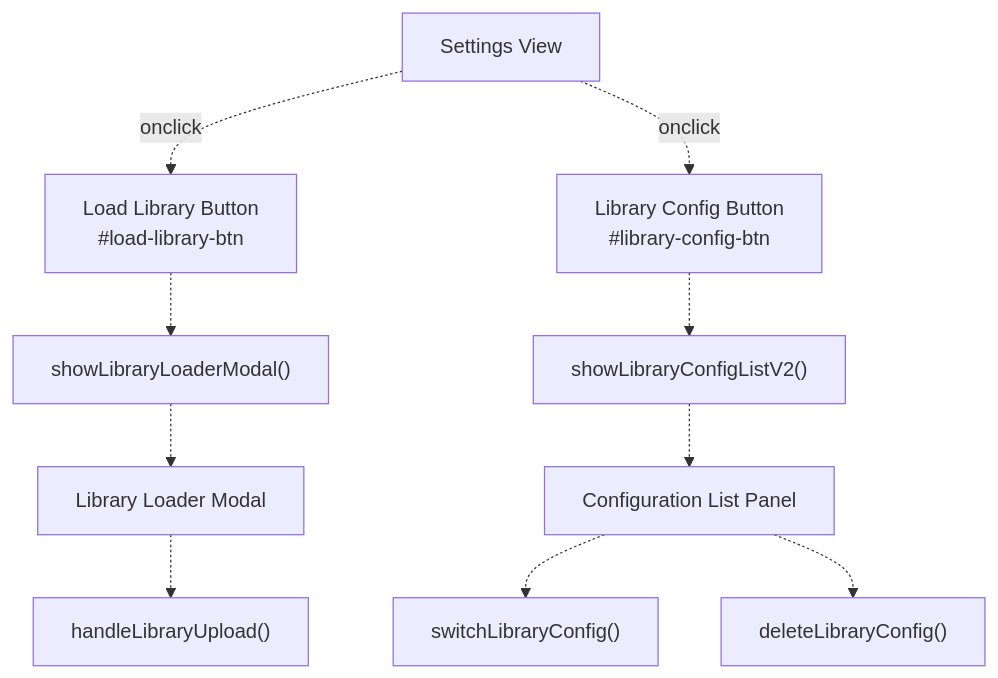
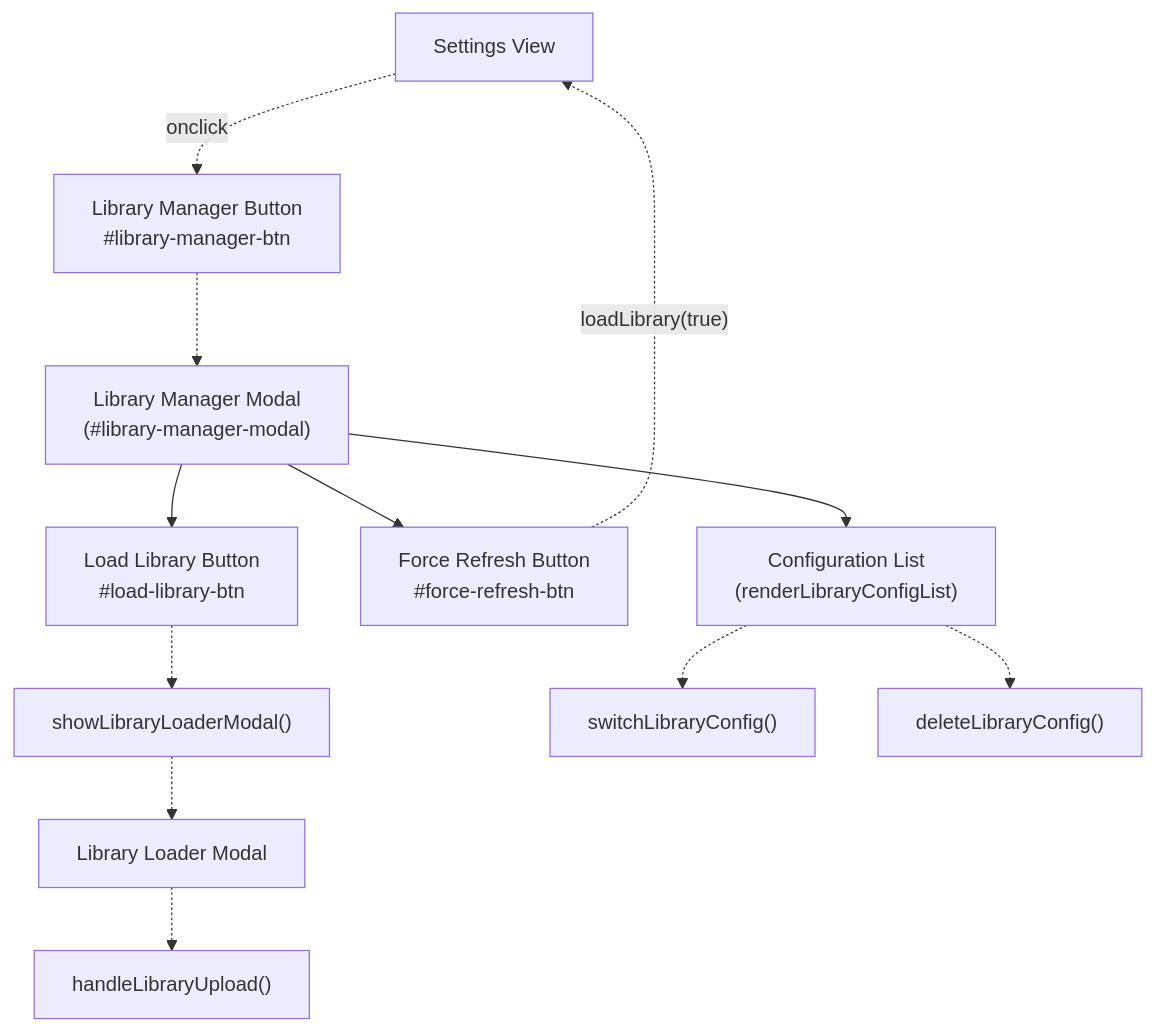
Before and after one commit to sallowayma-git/IELTS-practice: diagram 11 of 11 in developer/doc/Wiki/Library-Management-&-Configuration-System.md, drawn with Mermaid. The commit also changed other lines of this file and 19 other files, not shown here.

First line of the commit message:
feat(ui): unify settings buttons to light capsule style + refactor practice settings into modal

````diff
--- a/developer/doc/Wiki/Library-Management-&-Configuration-System.md
+++ b/developer/doc/Wiki/Library-Management-&-Configuration-System.md
@@ -666,24 +666,27 @@
 ```mermaid
 flowchart TD
 
 SettingsView["Settings View"]
+ManagerBtn["Library Manager Button<br>#library-manager-btn"]
+ManagerModal["Library Manager Modal<br>(#library-manager-modal)"]
 LoadBtn["Load Library Button<br>#load-library-btn"]
-ConfigBtn["Library Config Button<br>#library-config-btn"]
+ForceBtn["Force Refresh Button<br>#force-refresh-btn"]
 ShowLoader["showLibraryLoaderModal()"]
-ShowConfig["showLibraryConfigListV2()"]
+ConfigList["Configuration List<br>(renderLibraryConfigList)"]
 Modal["Library Loader Modal"]
-Panel["Configuration List Panel"]
 Upload["handleLibraryUpload()"]
 Switch["switchLibraryConfig()"]
 Delete["deleteLibraryConfig()"]
 
-SettingsView -.->|"onclick"| LoadBtn
-SettingsView -.->|"onclick"| ConfigBtn
+SettingsView -.->|"onclick"| ManagerBtn
+ManagerBtn -.-> ManagerModal
+ManagerModal --> LoadBtn
+ManagerModal --> ForceBtn
+ManagerModal --> ConfigList
 LoadBtn -.-> ShowLoader
-ConfigBtn -.-> ShowConfig
+ForceBtn -.->|"loadLibrary(true)"| SettingsView
 ShowLoader -.-> Modal
-ShowConfig -.-> Panel
 Modal -.-> Upload
-Panel -.-> Switch
-Panel -.-> Delete
+ConfigList -.-> Switch
+ConfigList -.-> Delete
 ```
````
